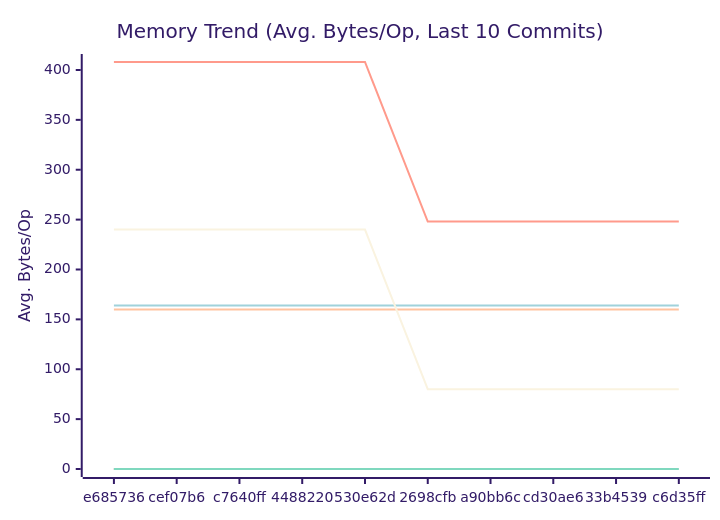
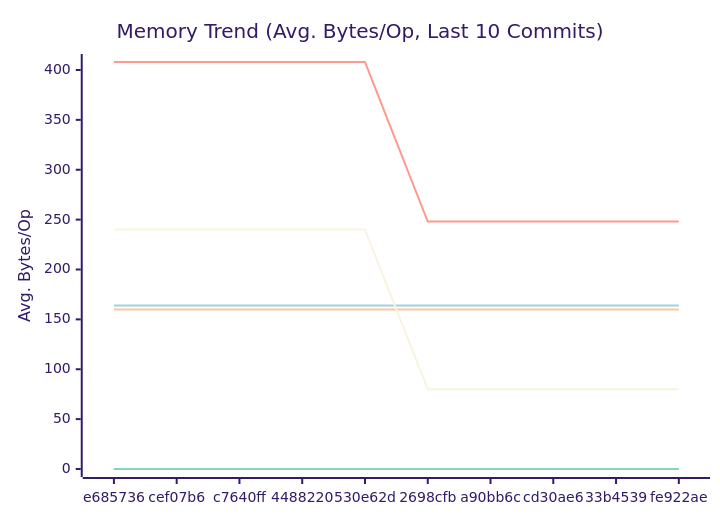
The second of 3 diagrams in docs/PERFORMANCE.md (alsotoes/momo), drawn with Mermaid (forest theme) before and after one commit. The commit also changed other lines of this file and 8 other files, not shown here.

````diff
--- a/docs/PERFORMANCE.md
+++ b/docs/PERFORMANCE.md
@@ -97,16 +97,16 @@
 ```mermaid
 xychart-beta
     title "Memory Trend (Avg. Bytes/Op, Last 10 Commits)"
     x-axis "Commit"
     y-axis "Avg. Bytes/Op"
-    x-axis [e685736,cef07b6,c7640ff,4488220,530e62d,2698cfb,a90bb6c,cd30ae6,33b4539,c6d35ff]
+    x-axis [e685736,cef07b6,c7640ff,4488220,530e62d,2698cfb,a90bb6c,cd30ae6,33b4539,fe922ae]
     line "CheckMetricsAndSwap" [0,0,0,0,0,0,0,0,0,0]
     line "CrushOptimized" [0,0,0,0,0,0,0,0,0,0]
     line "CrushOriginal" [164,164,164,164,164,164,164,164,164,164]
     line "IndexDirectTracking" [0,0,0,0,0,0,0,0,0,0]
     line "IndexSearch" [0,0,0,0,0,0,0,0,0,0]
     line "LoadGlobalConfig" [160,160,160,160,160,160,160,160,160,160]
     line "PadString" [0,0,0,0,0,0,0,0,0,0]
     line "ParseReplicationOrder_NoPrealloc" [408,408,408,408,408,248,248,248,248,248]
     line "ParseReplicationOrder_Prealloc" [240,240,240,240,240,80,80,80,80,80]
 ```
````
